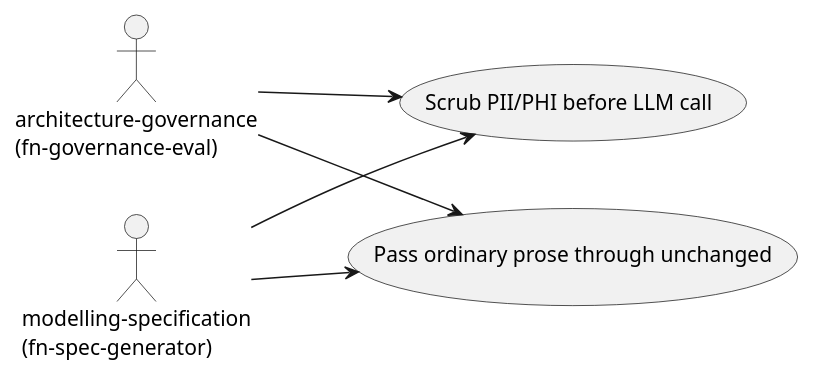
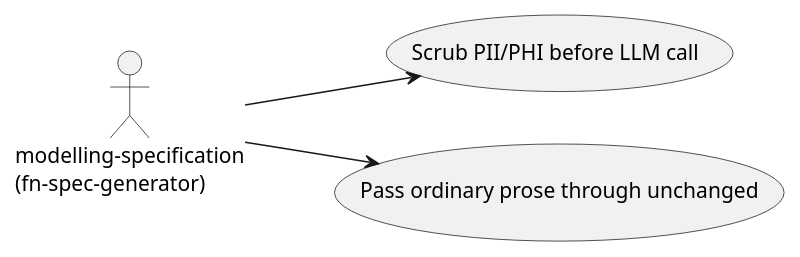
One commit to wolffy-au/frictionless-architect changed the first of 3 diagrams in platform/packages/pii-gateway/specs/001-pii-gateway/spec.md. Above: the diagram before and after it, drawn with PlantUML. The commit also changed other lines of this file and 5 other files, not shown here.

````diff
--- a/platform/packages/pii-gateway/specs/001-pii-gateway/spec.md
+++ b/platform/packages/pii-gateway/specs/001-pii-gateway/spec.md
@@ -55,13 +59,10 @@
 ```plantuml
 @startuml
 left to right direction
-actor "architecture-governance\n(fn-governance-eval)" as gov
 actor "modelling-specification\n(fn-spec-generator)" as mdl
 usecase "Scrub PII/PHI before LLM call" as UC1
 usecase "Pass ordinary prose through unchanged" as UC2
-gov --> UC1
 mdl --> UC1
-gov --> UC2
 mdl --> UC2
 @enduml
 ```
````
